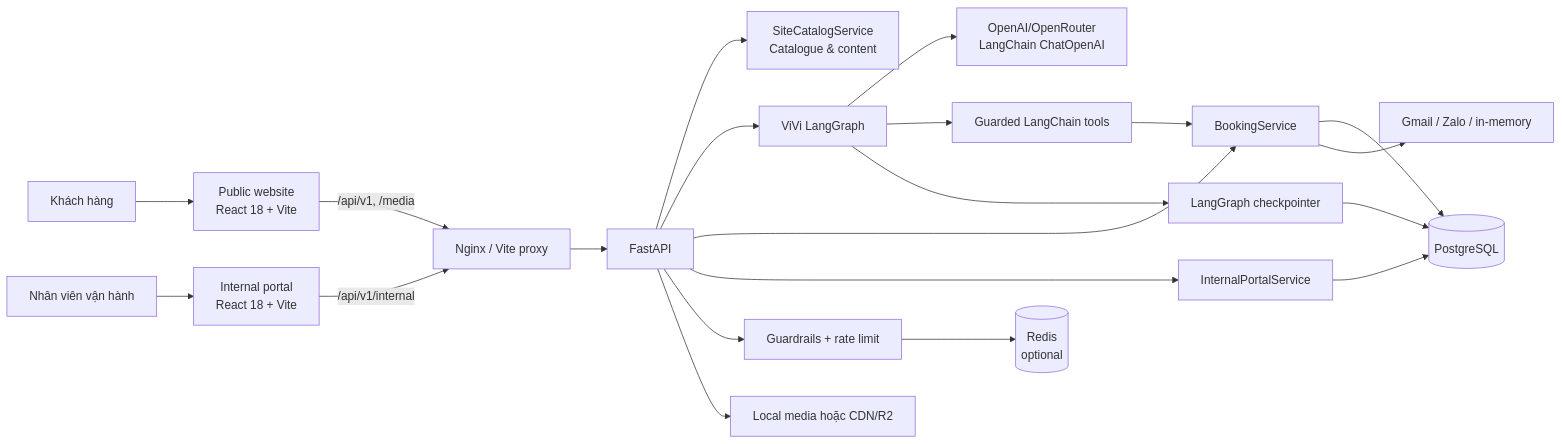
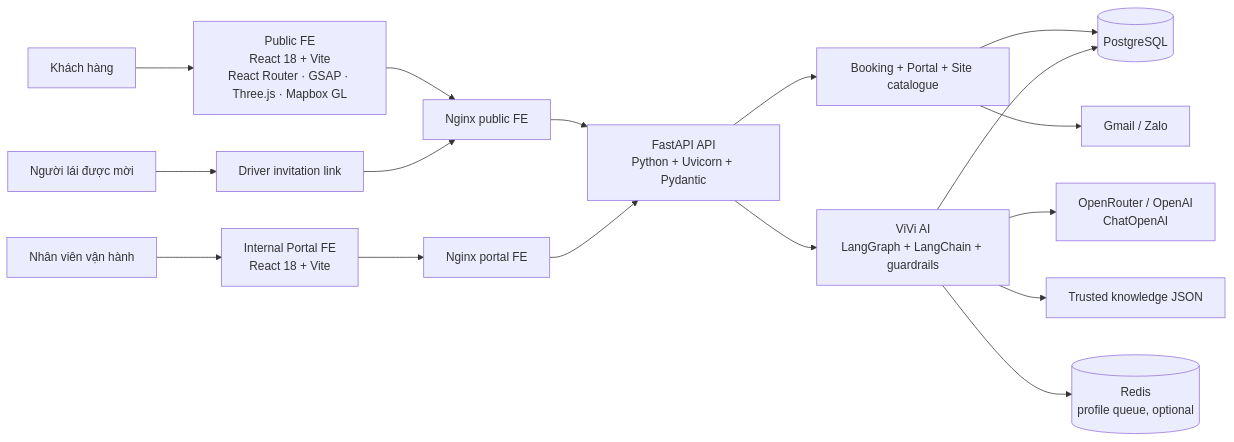
Before and after one commit to haichauht/vinfast-test-drive-booking: the first of 8 diagrams in ARCHITECTURE.md, drawn with Mermaid. The commit also changed other lines of this file and 3 other files, not shown here.

Commit message:
fix: booking detail is a popup window, draft booking cant get booking profile

````diff
--- a/ARCHITECTURE.md
+++ b/ARCHITECTURE.md
@@ -9,22 +7,19 @@
 ```mermaid
 flowchart LR
-    Customer["Khách hàng"] --> Public["Public website\nReact 18 + Vite"]
-    Operator["Nhân viên vận hành"] --> Portal["Internal portal\nReact 18 + Vite"]
-    Public -->|"/api/v1, /media"| Edge["Nginx / Vite proxy"]
-    Portal -->|"/api/v1/internal"| Edge
-    Edge --> API["FastAPI"]
-    API --> Site["SiteCatalogService\nCatalogue & content"]
-    API --> Agent["ViVi LangGraph"]
-    API --> Booking["BookingService"]
-    API --> Internal["InternalPortalService"]
-    API --> Guard["Guardrails + rate limit"]
-    Agent --> LLM["OpenAI/OpenRouter\nLangChain ChatOpenAI"]
-    Agent --> Tools["Guarded LangChain tools"] --> Booking
-    Agent --> Checkpoint["LangGraph checkpointer"]
-    Booking --> PG[("PostgreSQL")]
-    Internal --> PG
-    Checkpoint --> PG
-    Guard --> Redis[("Redis\noptional")]
-    Booking --> Notify["Gmail / Zalo / in-memory"]
-    API --> Media["Local media hoặc CDN/R2"]
+    Customer[Khách hàng] --> Website[Public FE<br/>React 18 + Vite<br/>React Router · GSAP · Three.js · Mapbox GL]
+    Staff[Nhân viên vận hành] --> PortalUI[Internal Portal FE<br/>React 18 + Vite]
+    Driver[Người lái được mời] --> DriverLink[Driver invitation link]
+    Website --> PublicNginx[Nginx public FE]
+    DriverLink --> PublicNginx
+    PortalUI --> PortalNginx[Nginx portal FE]
+    PublicNginx --> API[FastAPI API<br/>Python + Uvicorn + Pydantic]
+    PortalNginx --> API
+    API --> Core[Booking + Portal + Site catalogue]
+    API --> AI[ViVi AI<br/>LangGraph + LangChain + guardrails]
+    Core --> PG[(PostgreSQL)]
+    AI --> PG
+    AI --> LLM[OpenRouter / OpenAI<br/>ChatOpenAI]
+    AI --> Knowledge[Trusted knowledge JSON]
+    Core --> Integrations[Gmail / Zalo]
+    AI --> Redis[(Redis<br/>profile queue, optional)]
 ```
````
